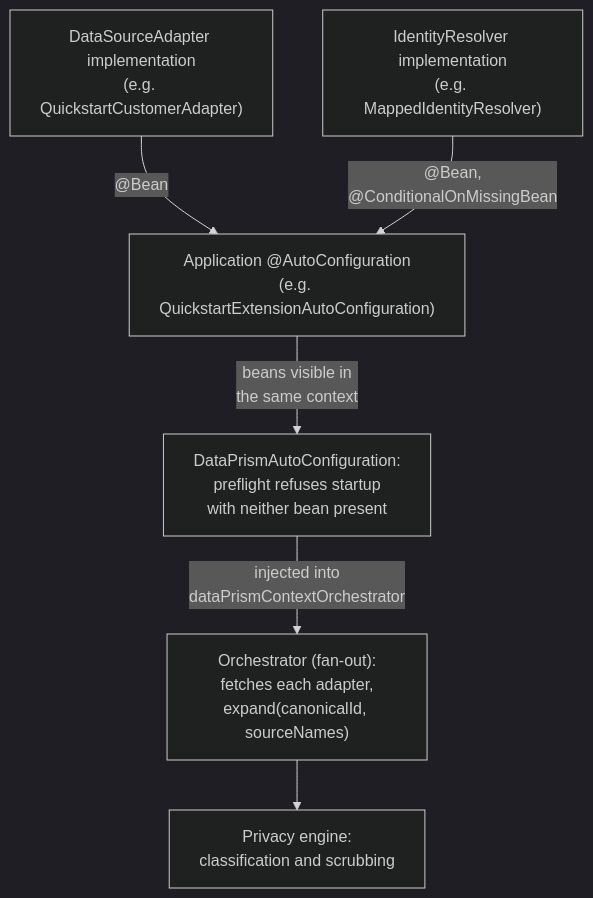
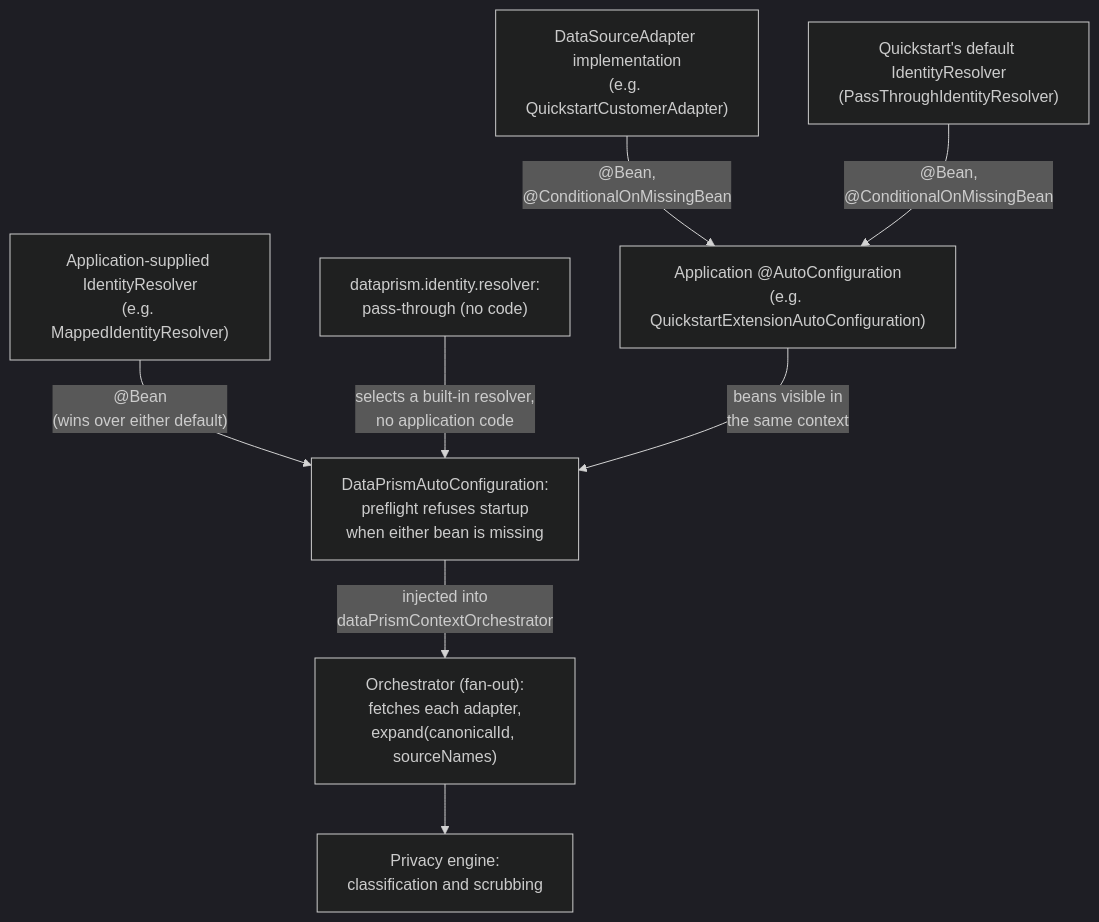
Before and after one commit to AindriuB/data-prism: the diagram in docs-site/diagrams/extension-points.mmd, drawn with Mermaid (dark theme). The commit also changed 6 other files, not shown here.

```diff
--- a/docs-site/diagrams/extension-points.mmd
+++ b/docs-site/diagrams/extension-points.mmd
@@ -1,13 +1,17 @@
 flowchart TB
     Adapter["DataSourceAdapter implementation\n(e.g. QuickstartCustomerAdapter)"]
-    IdResolver["IdentityResolver implementation\n(e.g. MappedIdentityResolver)"]
+    QuickstartDefault["Quickstart's default IdentityResolver\n(PassThroughIdentityResolver)"]
+    AppResolver["Application-supplied IdentityResolver\n(e.g. MappedIdentityResolver)"]
+    PassThroughProperty["dataprism.identity.resolver:\npass-through (no code)"]
     AutoConfig["Application @AutoConfiguration\n(e.g. QuickstartExtensionAutoConfiguration)"]
-    DataPrismConfig["DataPrismAutoConfiguration:\npreflight refuses startup\nwith neither bean present"]
+    DataPrismConfig["DataPrismAutoConfiguration:\npreflight refuses startup\nwhen either bean is missing"]
     Orchestrator["Orchestrator (fan-out):\nfetches each adapter,\nexpand(canonicalId, sourceNames)"]
     Engine["Privacy engine:\nclassification and scrubbing"]
 
-    Adapter -->|"@Bean"| AutoConfig
-    IdResolver -->|"@Bean,\n@ConditionalOnMissingBean"| AutoConfig
+    Adapter -->|"@Bean,\n@ConditionalOnMissingBean"| AutoConfig
+    QuickstartDefault -->|"@Bean,\n@ConditionalOnMissingBean"| AutoConfig
+    AppResolver -->|"@Bean\n(wins over either default)"| DataPrismConfig
+    PassThroughProperty -->|"selects a built-in resolver,\nno application code"| DataPrismConfig
     AutoConfig -->|"beans visible in\nthe same context"| DataPrismConfig
     DataPrismConfig -->|"injected into\ndataPrismContextOrchestrator"| Orchestrator
     Orchestrator --> Engine
```
